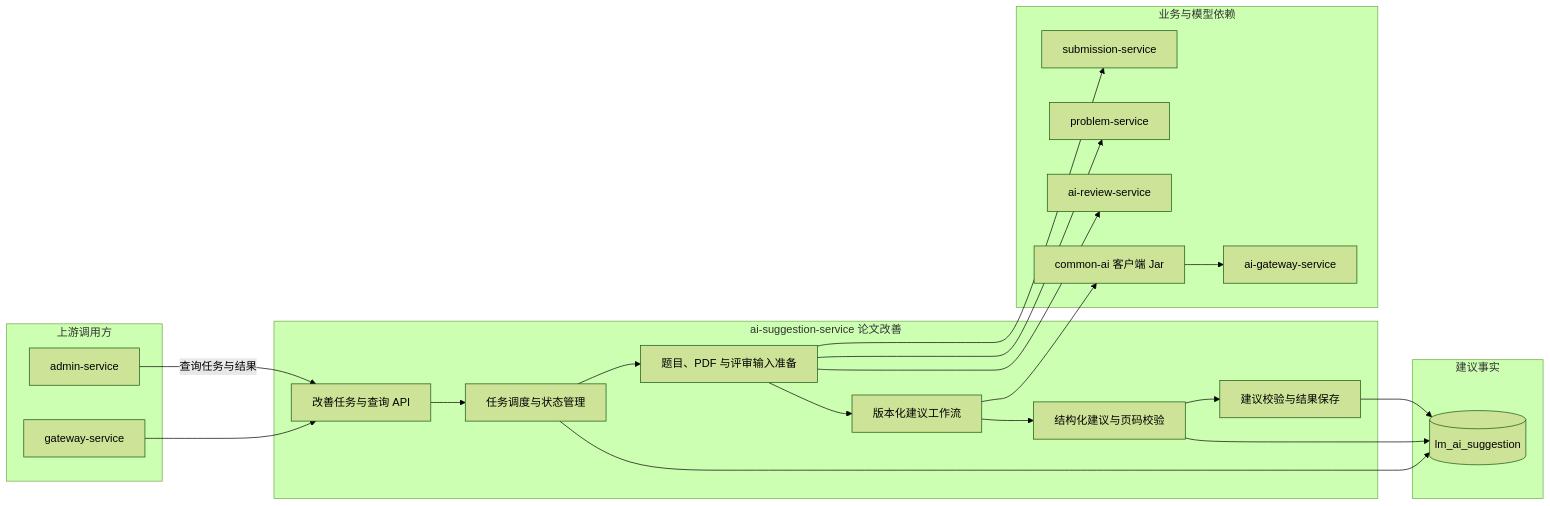
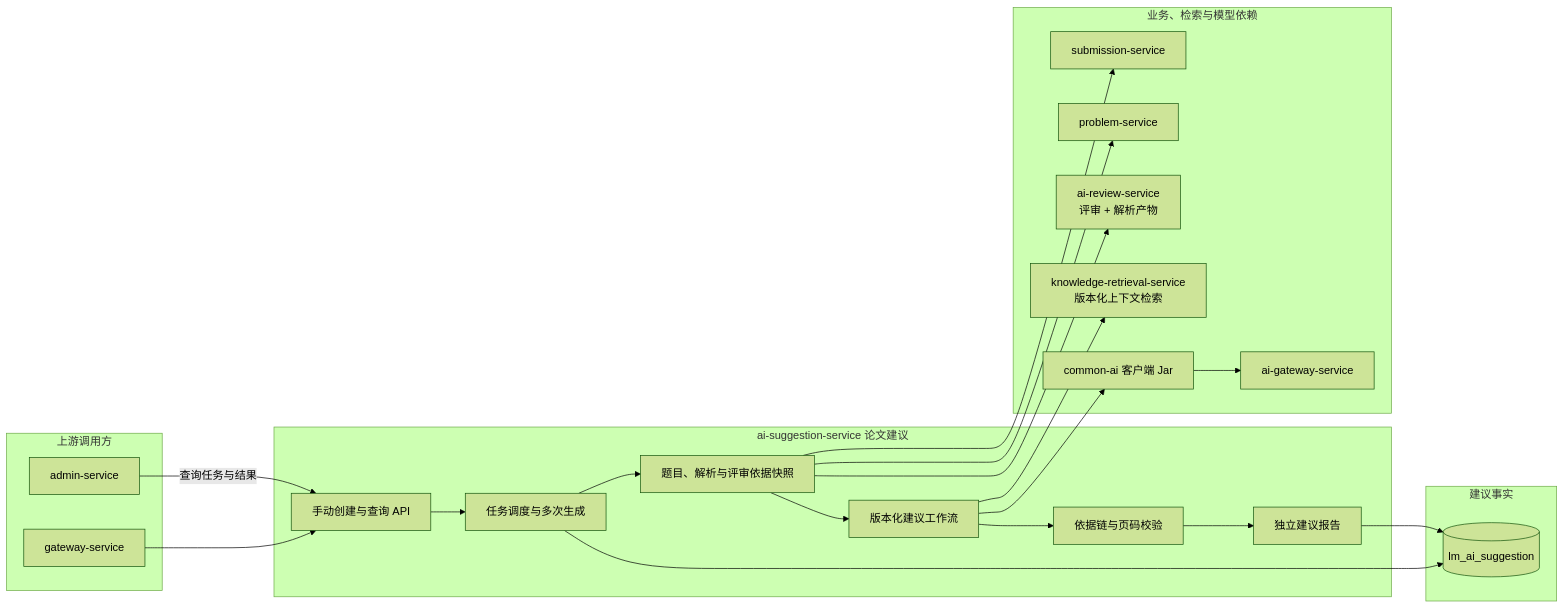
Before and after one commit to Dorian7Alden/LeetModel: the diagram in docs/project/03-微服务设计/ai-suggestion-service/README.md, drawn with Mermaid (forest theme). The commit also changed other lines of this file and 39 other files, not shown here.

````diff
--- a/docs/project/03-微服务设计/ai-suggestion-service/README.md
+++ b/docs/project/03-微服务设计/ai-suggestion-service/README.md
@@ -12,45 +12,42 @@
 ```mermaid
 flowchart LR
     subgraph callers["上游调用方"]
         apiGateway["gateway-service"]
         adminService["admin-service"]
     end
 
-    subgraph suggestion["ai-suggestion-service 论文改善"]
-        taskApi["改善任务与查询 API"]
-        taskLifecycle["任务调度与状态管理"]
-        inputPreparation["题目、PDF 与评审输入准备"]
+    subgraph suggestion["ai-suggestion-service 论文建议"]
+        taskApi["手动创建与查询 API"]
+        taskLifecycle["任务调度与多次生成"]
+        inputSnapshot["题目、解析与评审依据快照"]
         suggestionWorkflow["版本化建议工作流"]
-        evidence["结构化建议与页码校验"]
-        result["建议校验与结果保存"]
+        evidenceValidation["依据链与页码校验"]
+        result["独立建议报告"]
 
-        taskApi --> taskLifecycle
-        taskLifecycle --> inputPreparation
-        inputPreparation --> suggestionWorkflow
-        suggestionWorkflow --> evidence
-        evidence --> result
+        taskApi --> taskLifecycle --> inputSnapshot --> suggestionWorkflow
+        suggestionWorkflow --> evidenceValidation --> result
     end
 
-    subgraph dependencies["业务与模型依赖"]
+    subgraph dependencies["业务、检索与模型依赖"]
         submissionService["submission-service"]
         problemService["problem-service"]
-        reviewService["ai-review-service"]
+        reviewService["ai-review-service<br/>评审 + 解析产物"]
+        retrievalService["knowledge-retrieval-service<br/>版本化上下文检索"]
         commonAi["common-ai 客户端 Jar"]
         aiGateway["ai-gateway-service"]
     end
 
     subgraph data["建议事实"]
         suggestionDatabase[(lm_ai_suggestion)]
     end
 
     apiGateway --> taskApi
     adminService -->|"查询任务与结果"| taskApi
-    inputPreparation --> submissionService
-    inputPreparation --> problemService
-    inputPreparation --> reviewService
-    suggestionWorkflow --> commonAi
-    commonAi --> aiGateway
+    inputSnapshot --> submissionService
+    inputSnapshot --> problemService
+    inputSnapshot --> reviewService
+    suggestionWorkflow --> retrievalService
+    suggestionWorkflow --> commonAi --> aiGateway
     taskLifecycle --> suggestionDatabase
-    evidence --> suggestionDatabase
     result --> suggestionDatabase
 ```
````
